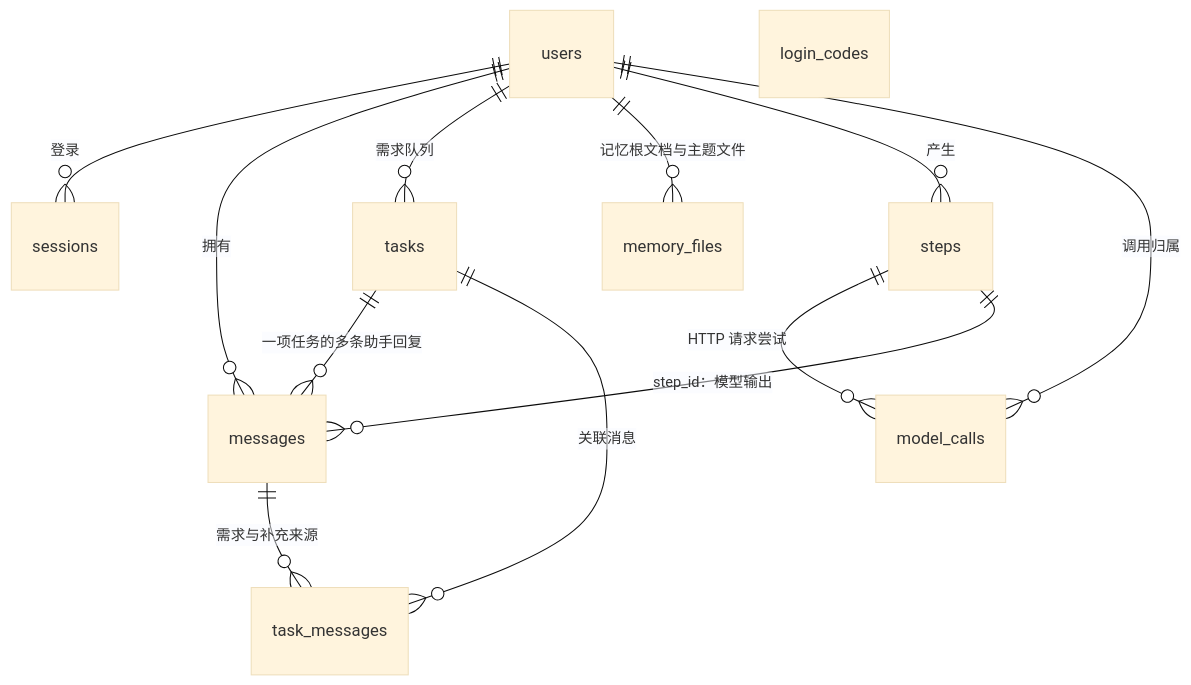
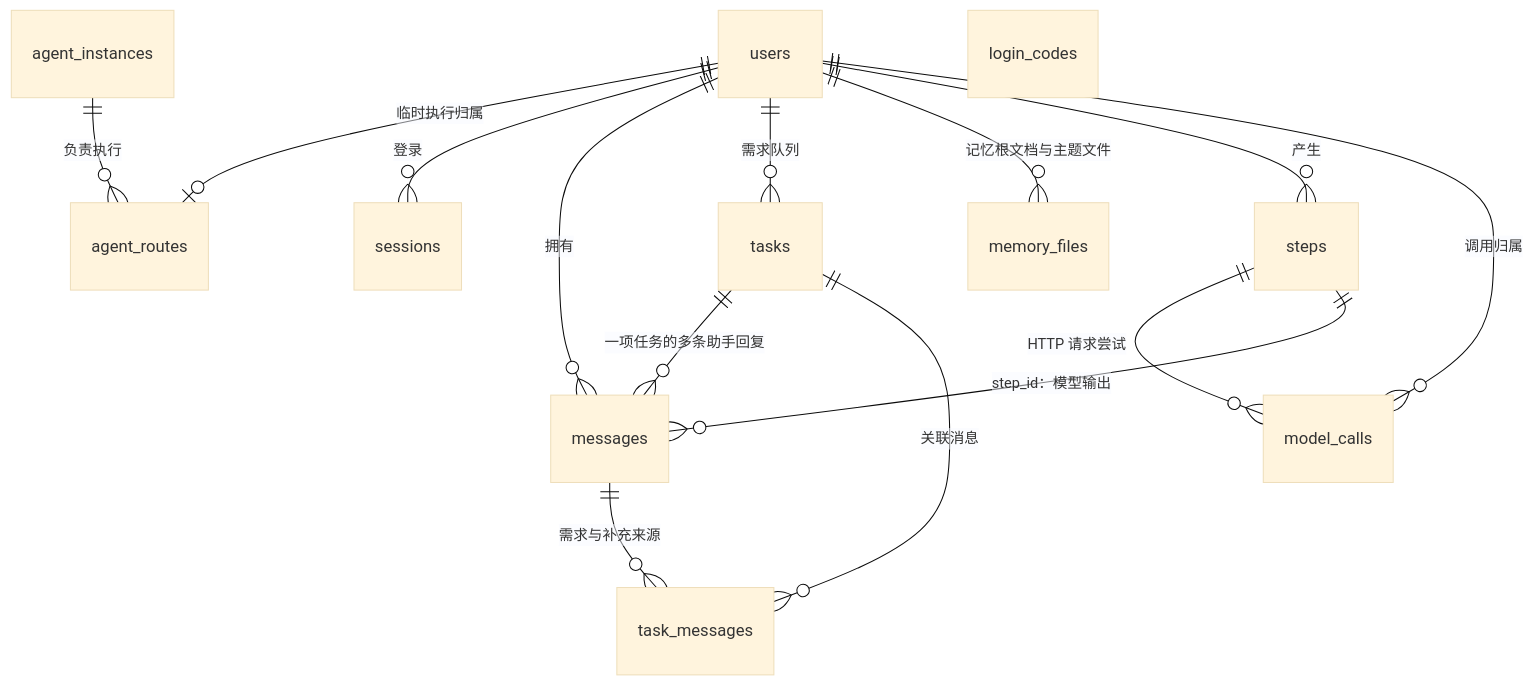
Before and after one commit to OmniNetOpensource/aether-personal: the diagram in docs/wiki/02-data-model.md, drawn with Mermaid (base theme). The commit also changed other lines of this file and 13 other files, not shown here.

````diff
--- a/docs/wiki/02-data-model.md
+++ b/docs/wiki/02-data-model.md
@@ -17,15 +17,17 @@
 ```mermaid
 erDiagram
+    users ||--o| agent_routes : "临时执行归属"
+    agent_instances ||--o{ agent_routes : "负责执行"
     users ||--o{ sessions : "登录"
     users ||--o{ messages : "拥有"
     users ||--o{ tasks : "需求队列"
     tasks ||--o{ messages : "一项任务的多条助手回复"
     tasks ||--o{ task_messages : "关联消息"
     messages ||--o{ task_messages : "需求与补充来源"
     users ||--o{ memory_files : "记忆根文档与主题文件"
     users ||--o{ steps : "产生"
     steps ||--o{ model_calls : "HTTP 请求尝试"
     users ||--o{ model_calls : "调用归属"
     steps ||--o{ messages : "step_id：模型输出"
     login_codes
 ```
````
